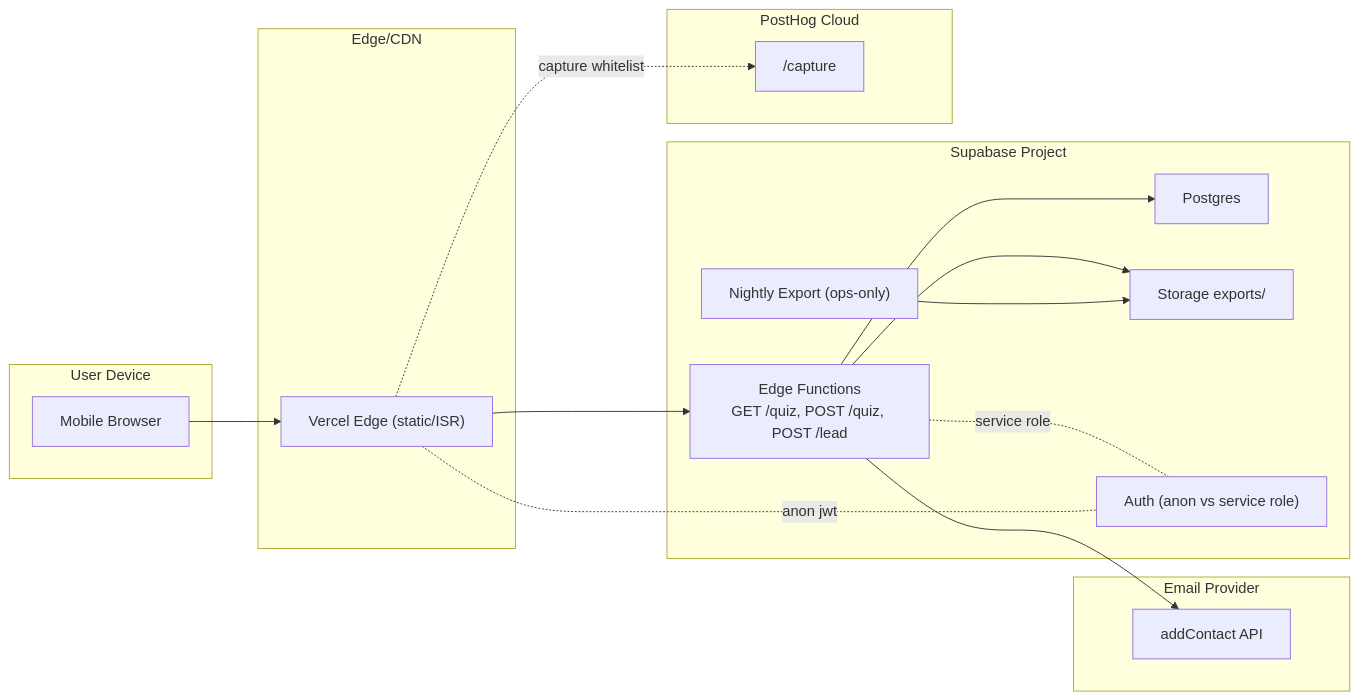
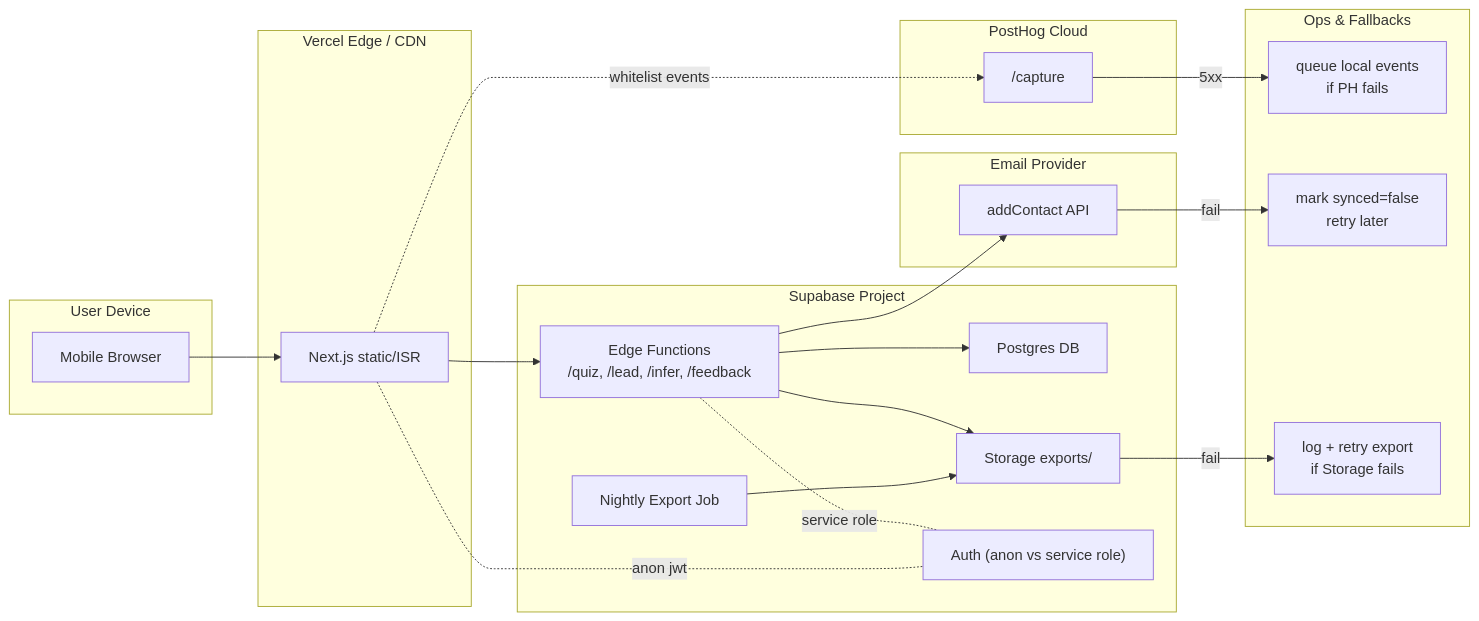
One commit to alexandrafofel/brightfutureahead changed the diagram in content/app-web/architecture/pre-mvp/deployment-view.mmd. Above: the diagram before and after it, drawn with Mermaid.

```diff
--- a/content/app-web/architecture/pre-mvp/deployment-view.mmd
+++ b/content/app-web/architecture/pre-mvp/deployment-view.mmd
@@ -1,30 +1,49 @@
 flowchart LR
   subgraph client["User Device"]
     ua["Mobile Browser"]
   end
-  subgraph cdn["Edge/CDN"]
-    vercel["Vercel Edge (static/ISR)"]
+
+  subgraph cdn["Vercel Edge / CDN"]
+    vercel["Next.js static/ISR"]
   end
+
   subgraph supa["Supabase Project"]
-    edge["Edge Functions\nGET /quiz, POST /quiz, POST /lead"]
-    pg["Postgres"]
+    edge["Edge Functions\n/quiz, /lead, /infer, /feedback"]
+    pg["Postgres DB"]
     store["Storage exports/"]
     auth["Auth (anon vs service role)"]
-    cron["Nightly Export (ops-only)"]
+    cron["Nightly Export Job"]
   end
+
   subgraph posthog["PostHog Cloud"]
     cap["/capture"]
   end
+
   subgraph email["Email Provider"]
-    ml["addContact API"]
+    mail["addContact API"]
+  end
+
+  subgraph ops["Ops & Fallbacks"]
+    q_ph["queue local events\nif PH fails"]
+    q_mail["mark synced=false\nretry later"]
+    q_exp["log + retry export\nif Storage fails"]
   end
 
   ua --> vercel
   vercel --> edge
   edge --> pg
   edge -. service role .- auth
   vercel -. anon jwt .- auth
+
+  %% Analytics
+  vercel -. whitelist events .-> cap
+  cap -->|5xx| q_ph
+
+  %% Leads
+  edge --> mail
+  mail -->|fail| q_mail
+
+  %% Exports
   edge --> store
   cron --> store
-  vercel -. capture whitelist .-> cap
-  edge --> ml
+  store -->|fail| q_exp
```
